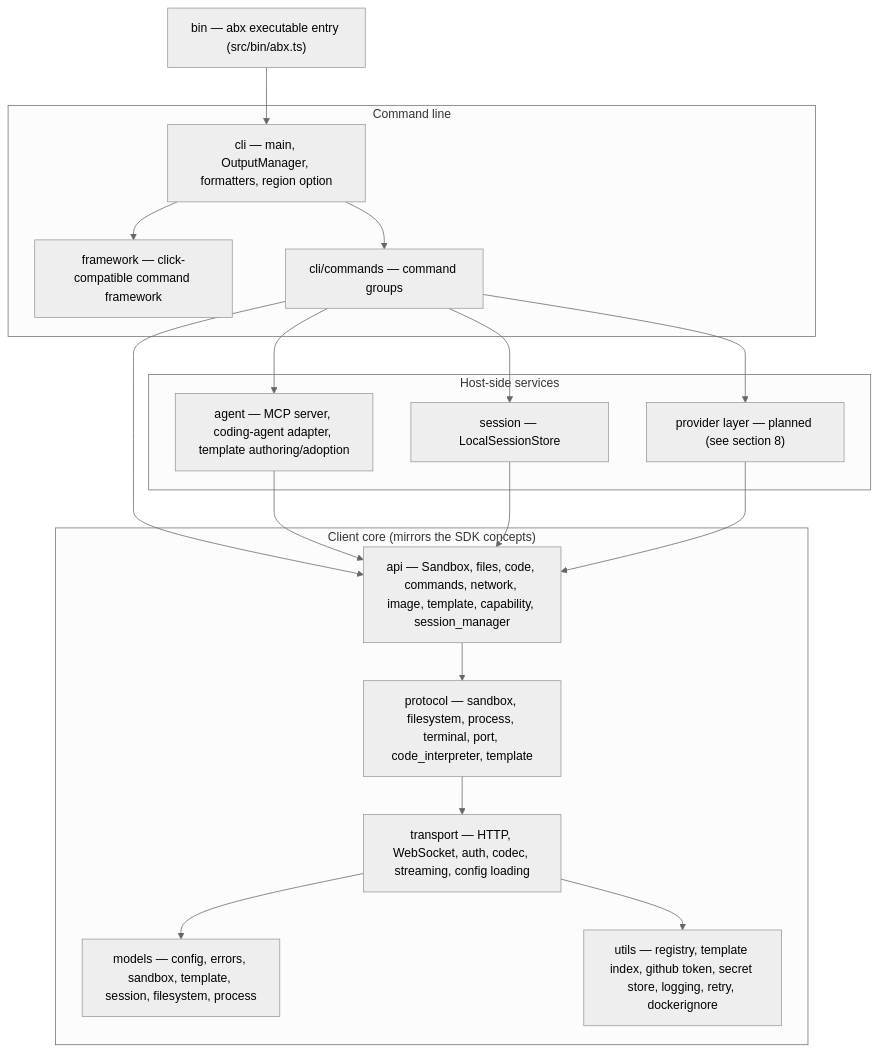
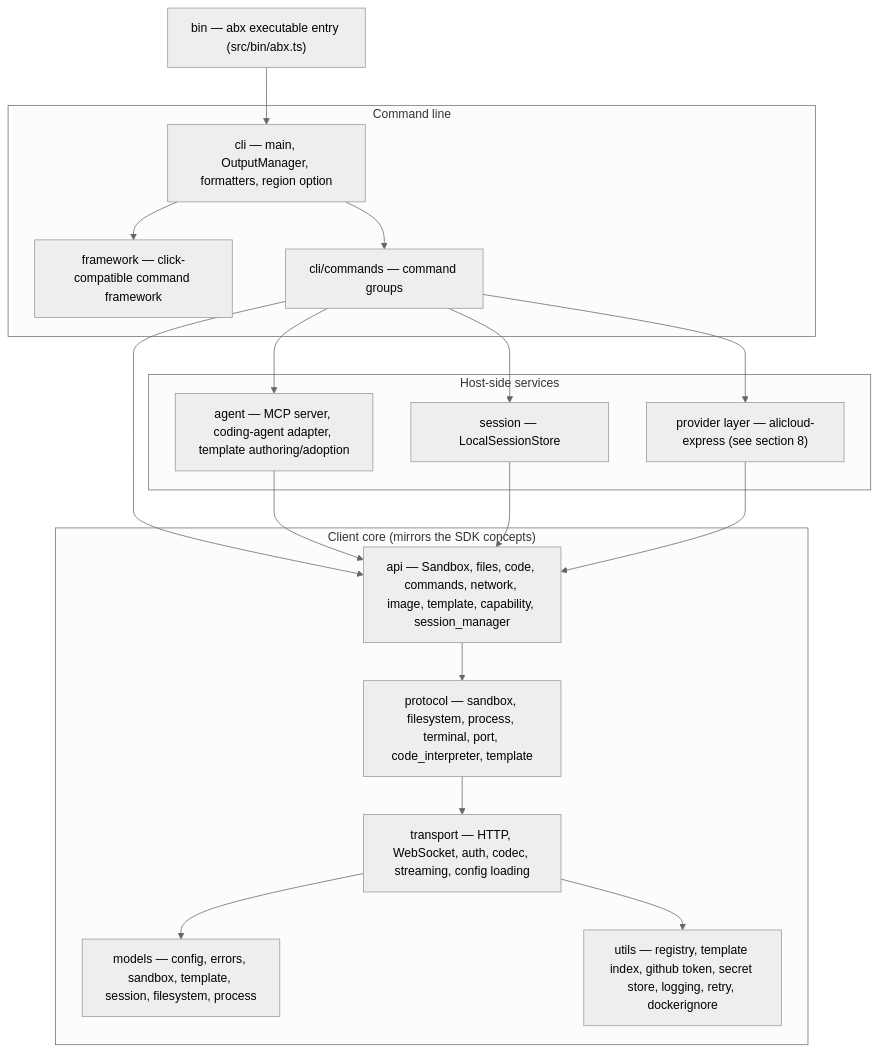
The diagram in docs/en/design/architecture.md (Alibaba-Agent-Sandbox/agent-sandbox), drawn with Mermaid (neutral theme) before and after one commit. The commit also changed other lines of this file and 95 other files, not shown here.

````diff
--- a/docs/en/design/architecture.md
+++ b/docs/en/design/architecture.md
@@ -19,35 +19,35 @@
 ```mermaid
 graph TB
     BIN["bin — abx executable entry (src/bin/abx.ts)"]
     subgraph Front["Command line"]
         FW["framework — click-compatible command framework"]
         CLI["cli — main, OutputManager, formatters, region option"]
         CMD["cli/commands — command groups"]
     end
     subgraph Services["Host-side services"]
         AG["agent — MCP server, coding-agent adapter, template authoring/adoption"]
-        PRV["provider layer — planned (see section 8)"]
+        PRV["provider layer — alicloud-express (see section 8)"]
         SES["session — LocalSessionStore"]
     end
     subgraph Core["Client core (mirrors the SDK concepts)"]
         API["api — Sandbox, files, code, commands, network, image, template, capability, session_manager"]
         PRO["protocol — sandbox, filesystem, process, terminal, port, code_interpreter, template"]
         TRA["transport — HTTP, WebSocket, auth, codec, streaming, config loading"]
         MOD["models — config, errors, sandbox, template, session, filesystem, process"]
         UTL["utils — registry, template index, github token, secret store, logging, retry, dockerignore"]
     end
 
     BIN --> CLI
     CLI --> FW
     CLI --> CMD
     CMD --> AG
     CMD --> SES
     CMD --> API
     CMD --> PRV
     AG --> API
     SES --> API
     PRV --> API
     API --> PRO --> TRA
     TRA --> MOD
     TRA --> UTL
 ```
````
